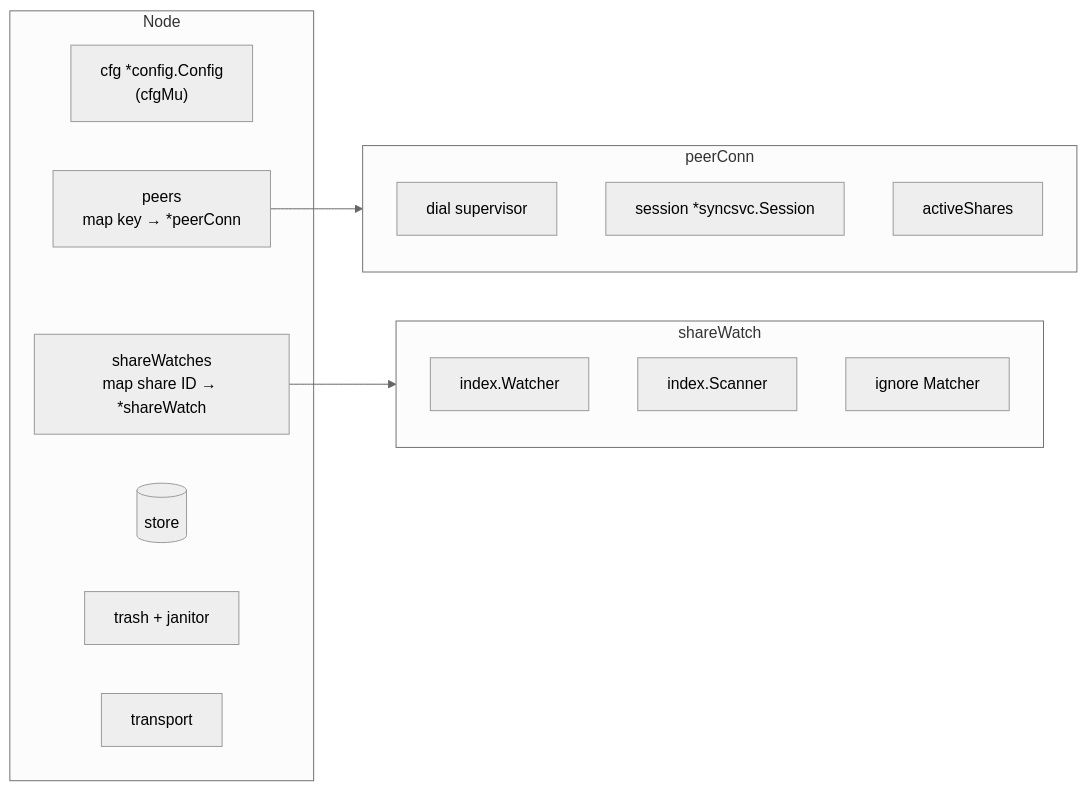
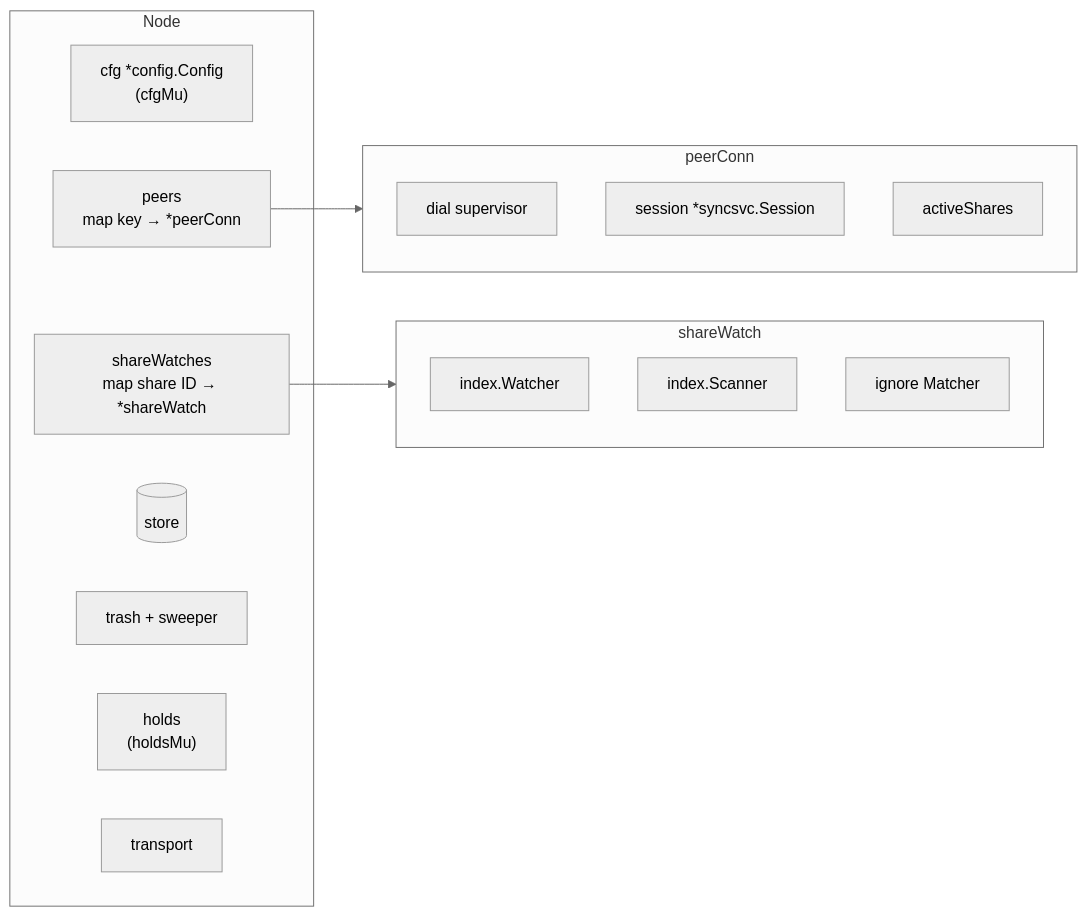
The seventh of 14 diagrams in ARCHITECTURE.md (nickmarrone/syncat), drawn with Mermaid (neutral theme) before and after one commit. The commit also changed other lines of this file and 7 other files, not shown here.

First line of the commit message:
Document holds, the in-share trash, and that syncat is not a backup

````diff
--- a/ARCHITECTURE.md
+++ b/ARCHITECTURE.md
@@ -521,23 +529,24 @@
 ```mermaid
 flowchart LR
     subgraph Node
         cfg["cfg *config.Config<br/>(cfgMu)"]
         peers["peers<br/>map key → *peerConn"]
         watches["shareWatches<br/>map share ID → *shareWatch"]
         store[("store")]
-        trash["trash + janitor"]
+        trash["trash + sweeper"]
+        holds["holds<br/>(holdsMu)"]
         tr["transport"]
     end
     subgraph peerConn
         sup["dial supervisor"]
         sess["session *syncsvc.Session"]
         active["activeShares"]
     end
     subgraph shareWatch
         watcher["index.Watcher"]
         scanner["index.Scanner"]
         matcher["ignore Matcher"]
     end
     peers --> peerConn
     watches --> shareWatch
 ```
````
